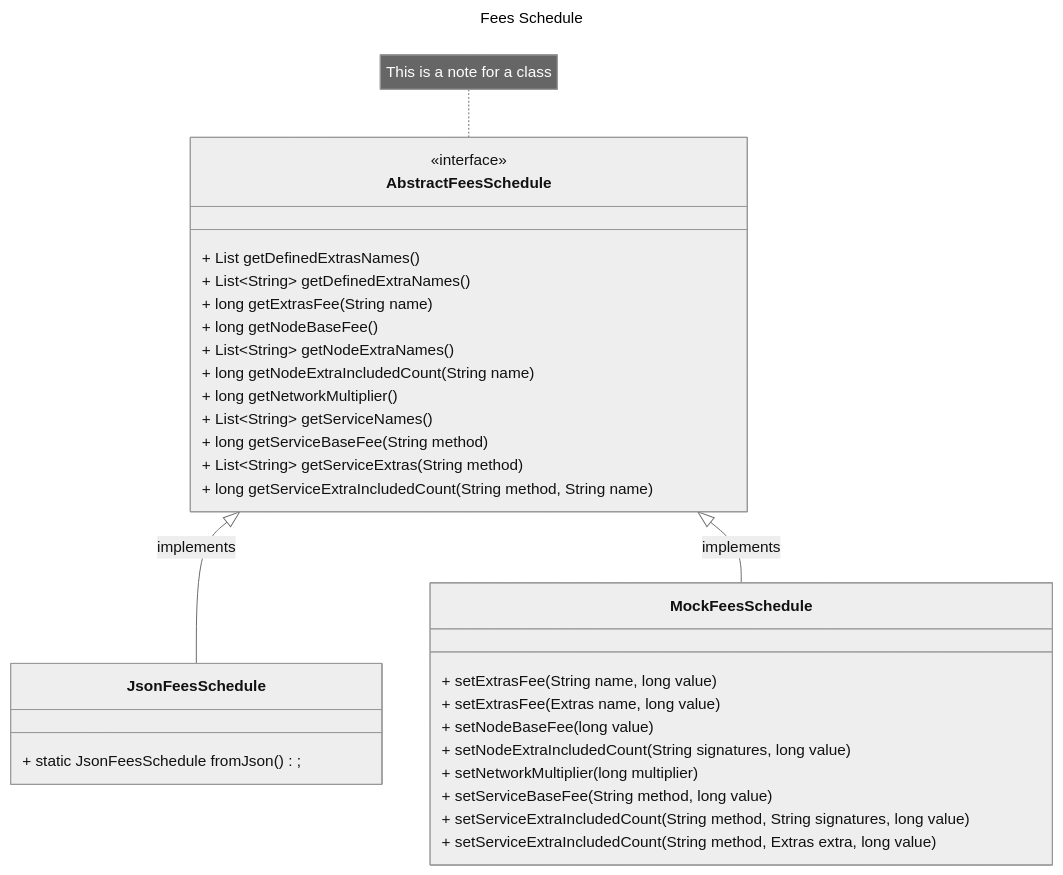
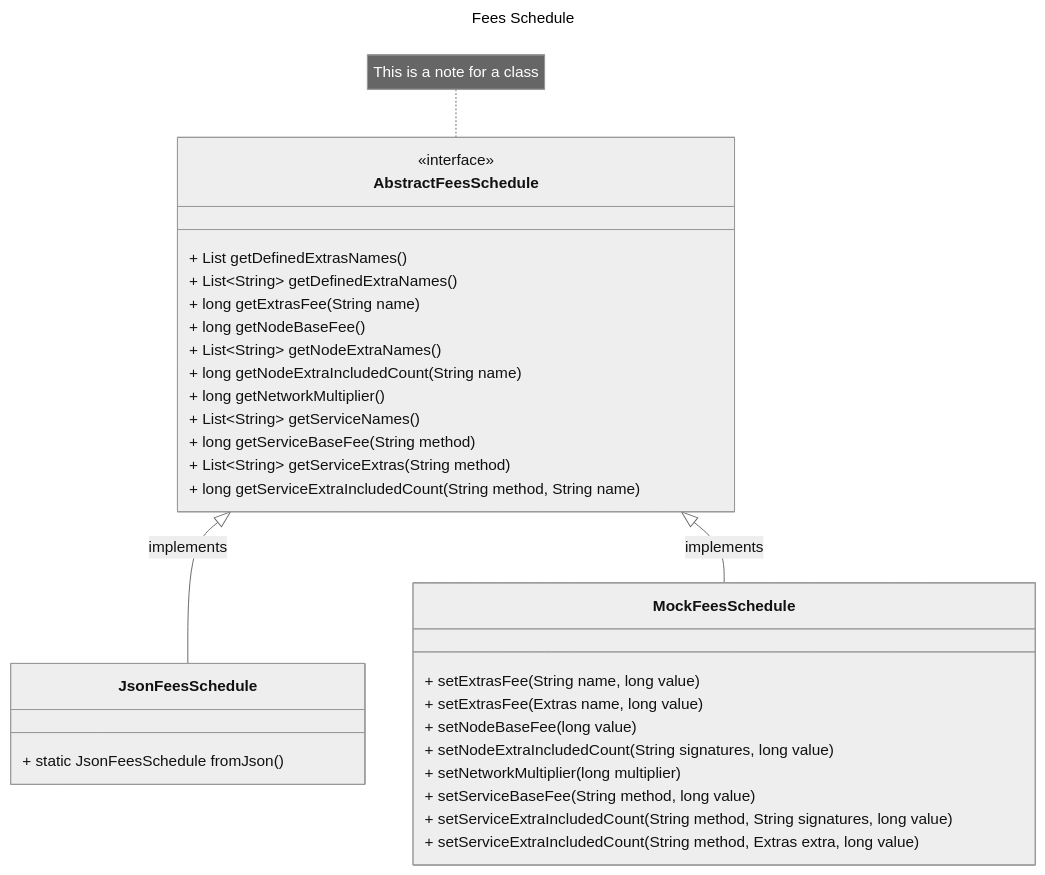
The diagram in docs/simplefees/architecture.md (joshmarinacci/hiero-consensus-node), drawn with Mermaid (neutral theme) before and after one commit.

Commit message:
fix semicolon

````diff
--- a/docs/simplefees/architecture.md
+++ b/docs/simplefees/architecture.md
@@ -8,44 +8,44 @@
 ```mermaid
 ---
 title: Fees Schedule
 ---
 classDiagram
     AbstractFeesSchedule <|-- JsonFeesSchedule : implements
     AbstractFeesSchedule <|-- MockFeesSchedule : implements
     
     note for AbstractFeesSchedule "This is a note for a class"
     link AbstractFeesSchedule "https://github.com/joshmarinacci/hiero-consensus-node/blob/simple-fees-research/hedera-node/hedera-app-spi/src/main/java/com/hedera/node/app/hapi/fees/AbstractFeesSchedule.java" "source"
     link JsonFeesSchedule "https://github.com/joshmarinacci/hiero-consensus-node/blob/simple-fees-research/hedera-node/hedera-app-spi/src/main/java/com/hedera/node/app/hapi/fees/JsonFeesSchedule.java" "source"
     link MockFeesSchedule "https://github.com/joshmarinacci/hiero-consensus-node/blob/simple-fees-research/hedera-node/hedera-app-spi/src/main/java/com/hedera/node/app/hapi/fees/MockFeesSchedule.java" "source"
 
     class AbstractFeesSchedule {
          <<interface>>
         + List getDefinedExtrasNames()
         + List~String~ getDefinedExtraNames()
         + long getExtrasFee(String name)
         + long getNodeBaseFee()
         + List~String~ getNodeExtraNames()
         + long getNodeExtraIncludedCount(String name)
         + long getNetworkMultiplier()
         + List~String~ getServiceNames()
         + long getServiceBaseFee(String method)
         + List~String~ getServiceExtras(String method)
         + long getServiceExtraIncludedCount(String method, String name)
     }
     
     class JsonFeesSchedule {
-        + static JsonFeesSchedule fromJson();
+        + static JsonFeesSchedule fromJson()
     }
     
     class MockFeesSchedule {
         + setExtrasFee(String name, long value)
         + setExtrasFee(Extras name, long value)
         + setNodeBaseFee(long value)
         + setNodeExtraIncludedCount(String signatures, long value)
         + setNetworkMultiplier(long multiplier)
         + setServiceBaseFee(String method, long value)
         + setServiceExtraIncludedCount(String method, String signatures, long value)
         + setServiceExtraIncludedCount(String method, Extras extra, long value)
     }
 
 ```
````
